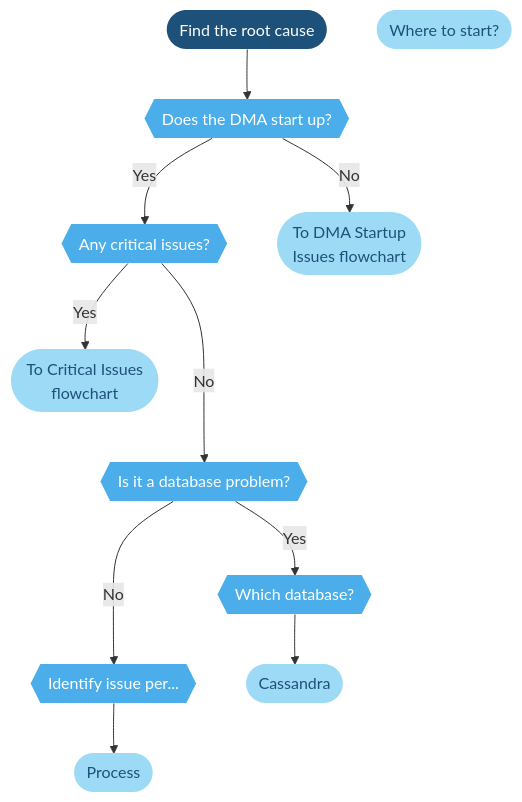
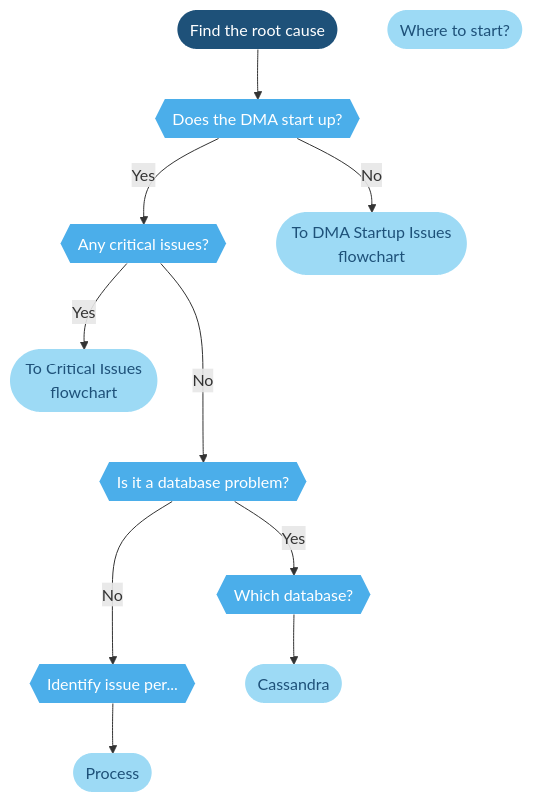
One commit to SkylineCommunications/dataminer-docs changed the diagram in user-guide/Troubleshooting/Troubleshooting_Flowcharts/Finding_a_Root_Cause.md. Above: the diagram before and after it, drawn with Mermaid. The commit also changed other lines of this file and 2 other files, not shown here.

Commit message:
Some tweaks

````diff
--- a/user-guide/Troubleshooting/Troubleshooting_Flowcharts/Finding_a_Root_Cause.md
+++ b/user-guide/Troubleshooting/Troubleshooting_Flowcharts/Finding_a_Root_Cause.md
@@ -7,44 +7,44 @@
-<div class="mermaid">
-graph TD
+```mermaid
+flowchart TD
     %% Define styles %%
     classDef classTerminal fill:#1e5179,stroke:#1e5179,color:#ffffff,stroke-width:0px;
     classDef classDecision fill:#4baeea,stroke:#4baeea,color:#ffffff,stroke-width:0px;
     classDef classExternalRef fill:#9ddaf5,stroke:#9ddaf5,color:#1E5179,stroke-width:0px;
     classDef classActionClickable fill:#999999,stroke:#999999,color:#ffffff,stroke-width:0px;
     classDef classAction fill:#dddddd,stroke:#dddddd,color:#1E5179,stroke-width:0px;
     classDef classSolution fill:#58595b,stroke:#58595b,color:#ffffff,stroke-width:0px;
     %% Define blocks %%
     START([Find the root cause])
     Investigate([Where to start?])
     CheckStartup{{Does the DMA start up?}}
     CHECK1{{Any critical issues? }}
     identify{{Identify issue per... }}
     DatabaseFlowcharts{{Is it a database problem?}}
     WhichDb{{Which database?}}
-    DMAStartupIssues([To DMA Startup <br>Issues flowchart])
-    critical([To Critical Issues <br>flowchart])
+    DMAStartupIssues([To DMA Startup Issues<br>flowchart])
+    critical([To Critical Issues<br>flowchart])
     ProcessFlowcharts([Process])
     Cassandra([Cassandra])
     %% Connect blocks %%
     START --> CheckStartup
     CheckStartup -->|Yes| CHECK1
     CheckStartup --> |No| DMAStartupIssues
     CHECK1 --> |Yes| critical
     CHECK1 ---> |No| DatabaseFlowcharts
     DatabaseFlowcharts -->|Yes|WhichDb
     DatabaseFlowcharts --->|No|identify
     identify --> ProcessFlowcharts
     WhichDb --> Cassandra
     %% Define hyperlinks %%
     click CHECK1 "#examples-of-critical-issues" "examples of critical issues"
     click critical "https://docs.dataminer.services/user-guide/Troubleshooting/Troubleshooting_Flowcharts/Troubleshooting_Critical_Issues/Troubleshooting_Critical_Issues_Overview.html" "To critical issues flowchart"
     click DMAStartupIssues "https://docs.dataminer.services/user-guide/Troubleshooting/Troubleshooting_Flowcharts/Troubleshooting_Startup_Issues.html" "DMA Startup Issues"
     click ProcessFlowcharts "https://docs.dataminer.services/user-guide/Troubleshooting/Troubleshooting_Flowcharts/Troubleshooting_Process_Identification/Troubleshooting_Process_Identification.html" "Process identification"
     click WhichDb "https://docs.dataminer.services/user-guide/Troubleshooting/Troubleshooting_Flowcharts/Finding_a_Root_Cause.html#identifying-the-general-database" "Identify the Database"
     click Cassandra "https://docs.dataminer.services/user-guide/Troubleshooting/Troubleshooting_Flowcharts/Troubleshooting_Cassandra/Troubleshooting_Cassandra.html" "Troubleshooting Cassandra"
     click Investigate "https://docs.dataminer.services/user-guide/Troubleshooting/Troubleshooting_Flowcharts/Troubleshooting_Where_to_Start.html"
     %% Apply styles to blocks %%
     class START classTerminal;
     class WhichDb,DatabaseFlowcharts,CheckStartup,CHECK1,identify classDecision;
     class Investigate,Cassandra,DMAStartupIssues,critical,ProcessFlowcharts classExternalRef;
-</div>
+```
````
